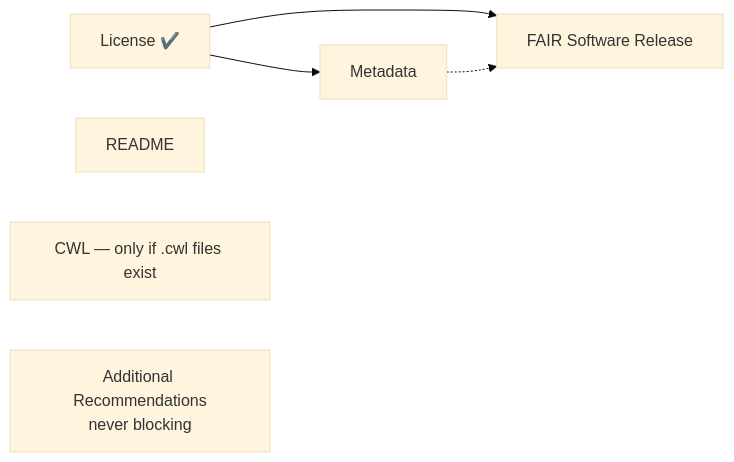
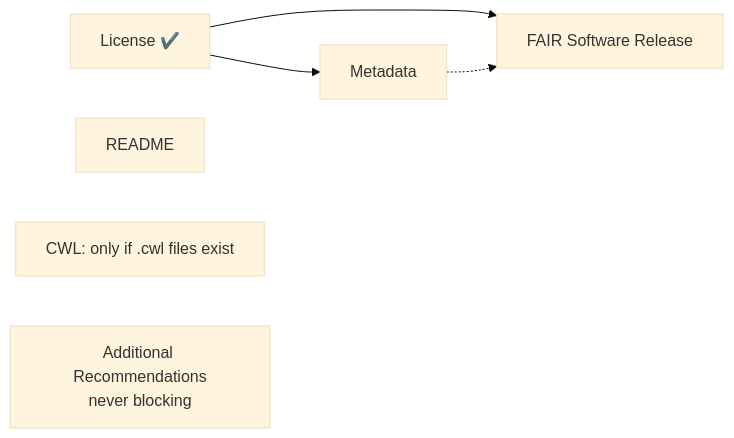
The diagram in docs/docs/fairness-assessment.md (fairdataihub/codefair-docs), drawn with Mermaid (base theme) before and after one commit. The commit also changed other lines of this file and 15 other files, not shown here.

````diff
--- a/docs/docs/fairness-assessment.md
+++ b/docs/docs/fairness-assessment.md
@@ -80,9 +80,9 @@
 ```mermaid
 flowchart LR
   L["License ✔️"] --> M["Metadata"]
   L --> A["FAIR Software Release"]
   M -.-> A
   R["README"]
-  C["CWL — only if .cwl files exist"]
+  C["CWL: only if .cwl files exist"]
   AR["Additional Recommendations<br/>never blocking"]
 ```
````
